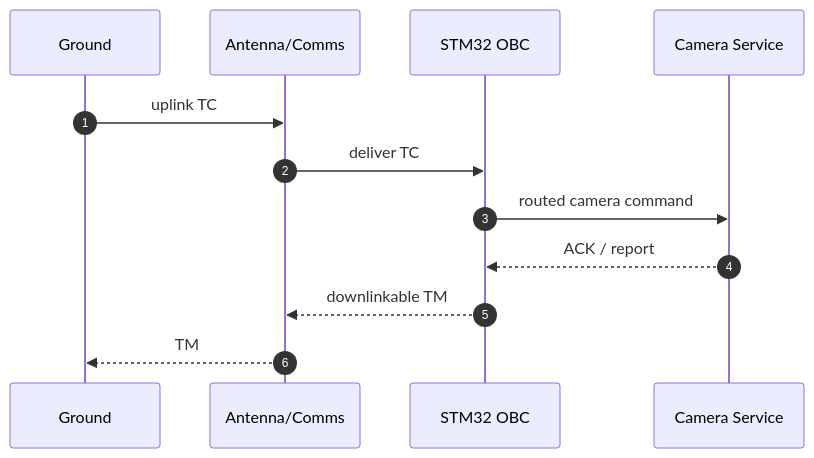
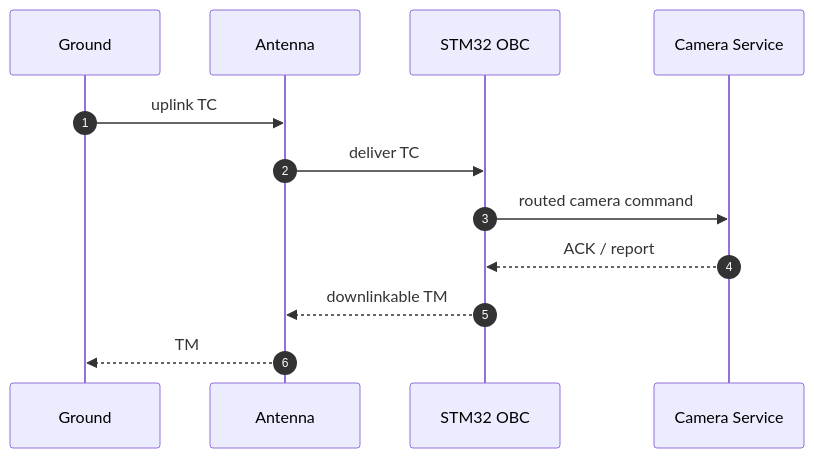
One commit to ExoSpaceLabs/exn changed the second of 12 diagrams in docs/diagrams.md. Above: the diagram before and after it, drawn with Mermaid. The commit also changed other lines of this file and 49 other files, not shown here.

````diff
--- a/docs/diagrams.md
+++ b/docs/diagrams.md
@@ -40,15 +53,15 @@
 ```mermaid
 sequenceDiagram
   autonumber
   participant GS as Ground
-  participant ANT as Antenna/Comms
+  participant ANT as Antenna
   participant MCU as STM32 OBC
   participant CAM as Camera Service
 
   GS->>ANT: uplink TC
   ANT->>MCU: deliver TC
   MCU->>CAM: routed camera command
   CAM-->>MCU: ACK / report
   MCU-->>ANT: downlinkable TM
   ANT-->>GS: TM
 ```
````
